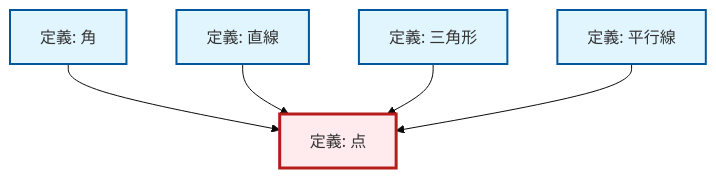
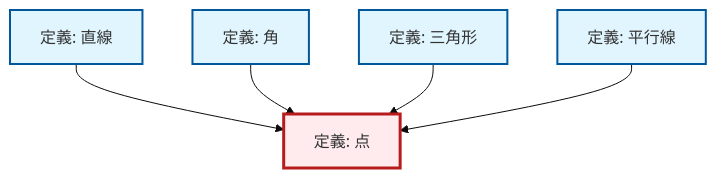
The diagram in content/ja/geometry/def-point.qmd (RK0429/ModernMath), drawn with Mermaid (base theme) before and after one commit. The commit also changed other lines of this file and 328 other files, not shown here.

````diff
--- a/content/ja/geometry/def-point.qmd
+++ b/content/ja/geometry/def-point.qmd
@@ -40,23 +40,23 @@
 ```{mermaid}
 %%| fig-cap: "ローカル依存関係グラフ"
 graph TD
     classDef definition fill:#e1f5fe,stroke:#01579b,stroke-width:2px
     classDef theorem fill:#f3e5f5,stroke:#4a148c,stroke-width:2px
     classDef axiom fill:#fff3e0,stroke:#e65100,stroke-width:2px
     classDef example fill:#e8f5e9,stroke:#1b5e20,stroke-width:2px
     classDef current fill:#ffebee,stroke:#b71c1c,stroke-width:3px
+    def-angle["定義: 角"]:::definition
     def-line["定義: 直線"]:::definition
+    def-point["定義: 点"]:::definition
+    def-parallel["定義: 平行線"]:::definition
     def-triangle["定義: 三角形"]:::definition
-    def-parallel["定義: 平行線"]:::definition
-    def-point["定義: 点"]:::definition
-    def-angle["定義: 角"]:::definition
+    def-line --> def-point
     def-angle --> def-point
-    def-line --> def-point
     def-triangle --> def-point
     def-parallel --> def-point
     class def-point current
+    click def-angle "def-angle.html" "角の定義へ"
     click def-line "def-line.html" "直線の定義へ"
+    click def-parallel "def-parallel.html" "平行線の定義へ"
     click def-triangle "def-triangle.html" "三角形の定義へ"
-    click def-parallel "def-parallel.html" "平行線の定義へ"
-    click def-angle "def-angle.html" "角の定義へ"
 ```
````
